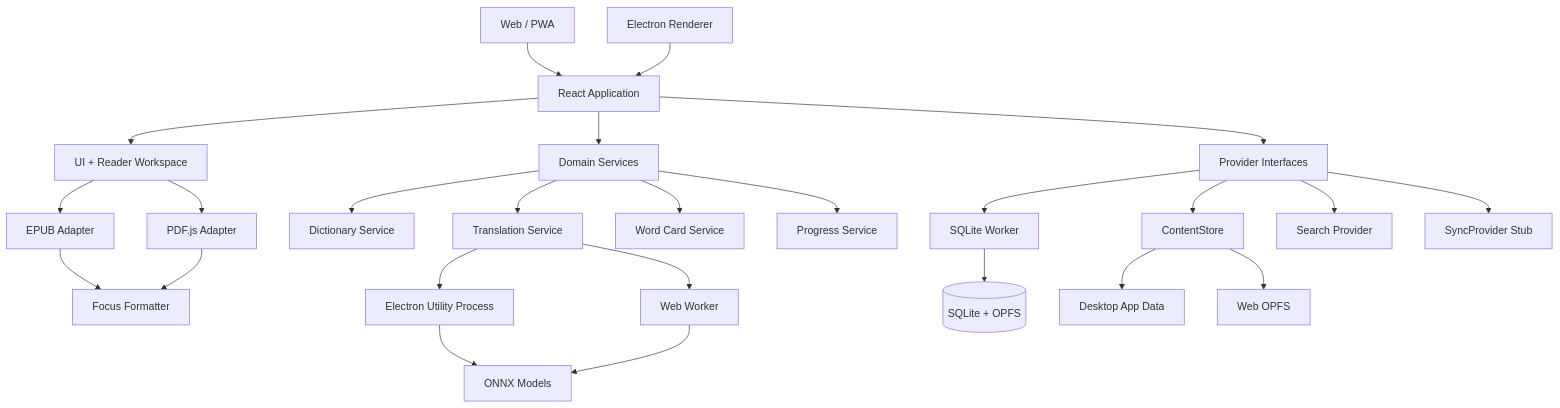
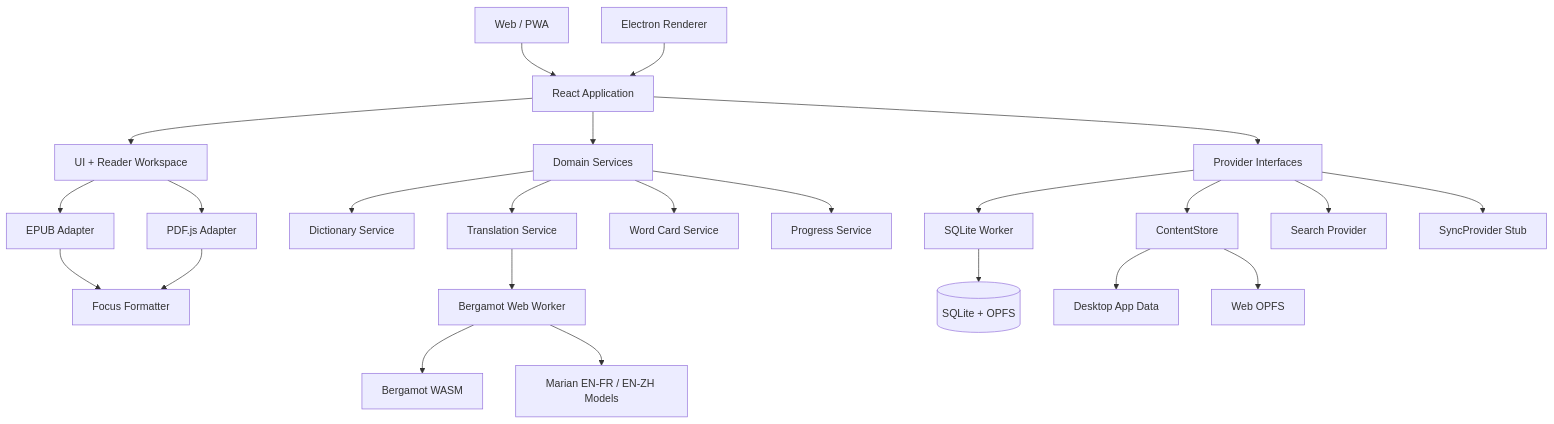
One commit to GuGuGu-coocoo/LexiAnchor changed the diagram in TECHNICAL_ARCHITECTURE.md. Above: the diagram before and after it, drawn with Mermaid. The commit also changed other lines of this file and 32 other files, not shown here.

Commit message:
feat(translation): add offline Bergamot models

````diff
--- a/TECHNICAL_ARCHITECTURE.md
+++ b/TECHNICAL_ARCHITECTURE.md
@@ -79,33 +79,32 @@
 ```mermaid
 flowchart TB
     WEB[Web / PWA] --> APP[React Application]
     DESKTOP[Electron Renderer] --> APP
 
     APP --> UI[UI + Reader Workspace]
     APP --> DOMAIN[Domain Services]
     APP --> PORTS[Provider Interfaces]
 
     UI --> EPUB[EPUB Adapter]
     UI --> PDF[PDF.js Adapter]
     EPUB --> FOCUS[Focus Formatter]
     PDF --> FOCUS
 
     DOMAIN --> DICT[Dictionary Service]
     DOMAIN --> TRANS[Translation Service]
     DOMAIN --> CARDS[Word Card Service]
     DOMAIN --> PROGRESS[Progress Service]
 
     PORTS --> DB[SQLite Worker]
     PORTS --> CONTENT[ContentStore]
     PORTS --> SEARCH[Search Provider]
     PORTS --> SYNC[SyncProvider Stub]
 
     DB --> OPFS[(SQLite + OPFS)]
     CONTENT --> DESKTOP_FS[Desktop App Data]
     CONTENT --> WEB_OPFS[Web OPFS]
 
-    TRANS --> DESKTOP_ML[Electron Utility Process]
-    TRANS --> WEB_ML[Web Worker]
-    DESKTOP_ML --> ONNX[ONNX Models]
-    WEB_ML --> ONNX
+    TRANS --> ML_WORKER[Bergamot Web Worker]
+    ML_WORKER --> WASM[Bergamot WASM]
+    ML_WORKER --> MODELS[Marian EN-FR / EN-ZH Models]
 ```
````
